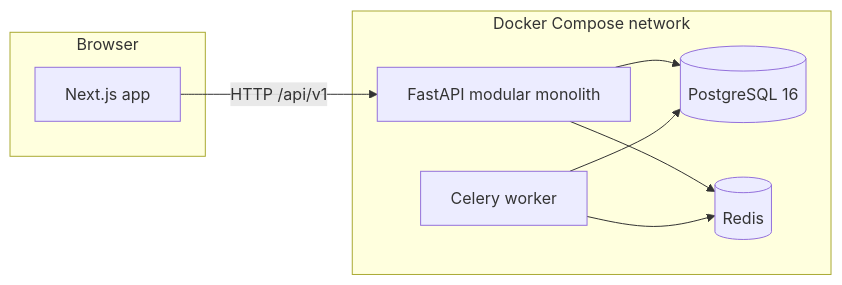
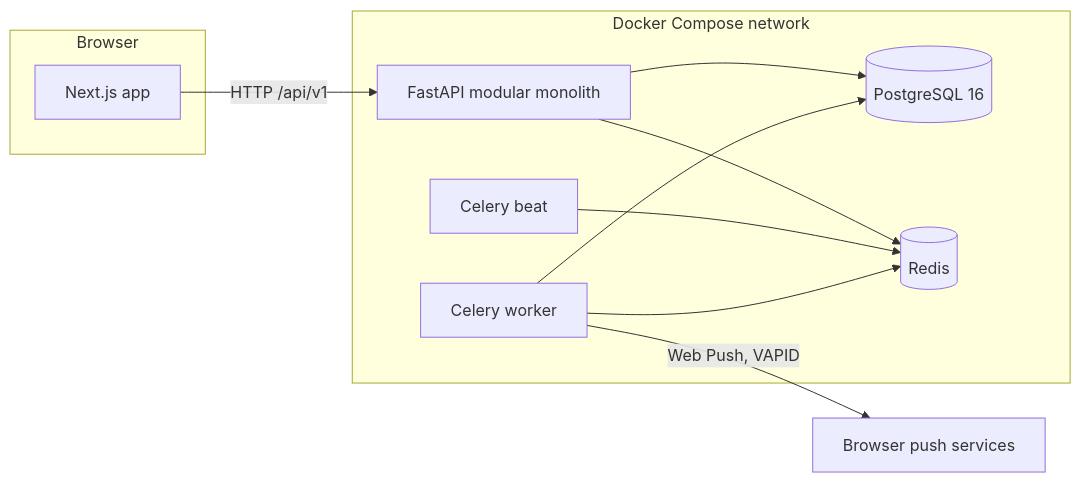
The diagram in docs/ARCHITECTURE.md (atharvj010-ux/BowlByte), drawn with Mermaid before and after one commit. The commit also changed other lines of this file and 94 other files, not shown here.

First line of the commit message:
Add cash collection, one-time QR pickup, and Web Push notifications.

````diff
--- a/docs/ARCHITECTURE.md
+++ b/docs/ARCHITECTURE.md
@@ -5,17 +5,21 @@
 ```mermaid
 flowchart LR
   subgraph browser [Browser]
     Web[Next.js app]
   end
   subgraph host [Docker Compose network]
     Api[FastAPI modular monolith]
     Worker[Celery worker]
+    Beat[Celery beat]
     Db[(PostgreSQL 16)]
     Cache[(Redis)]
   end
+  Push[Browser push services]
   Web -->|HTTP /api/v1| Api
   Api --> Db
   Api --> Cache
+  Beat --> Cache
   Worker --> Cache
   Worker --> Db
+  Worker -->|Web Push, VAPID| Push
 ```
````
